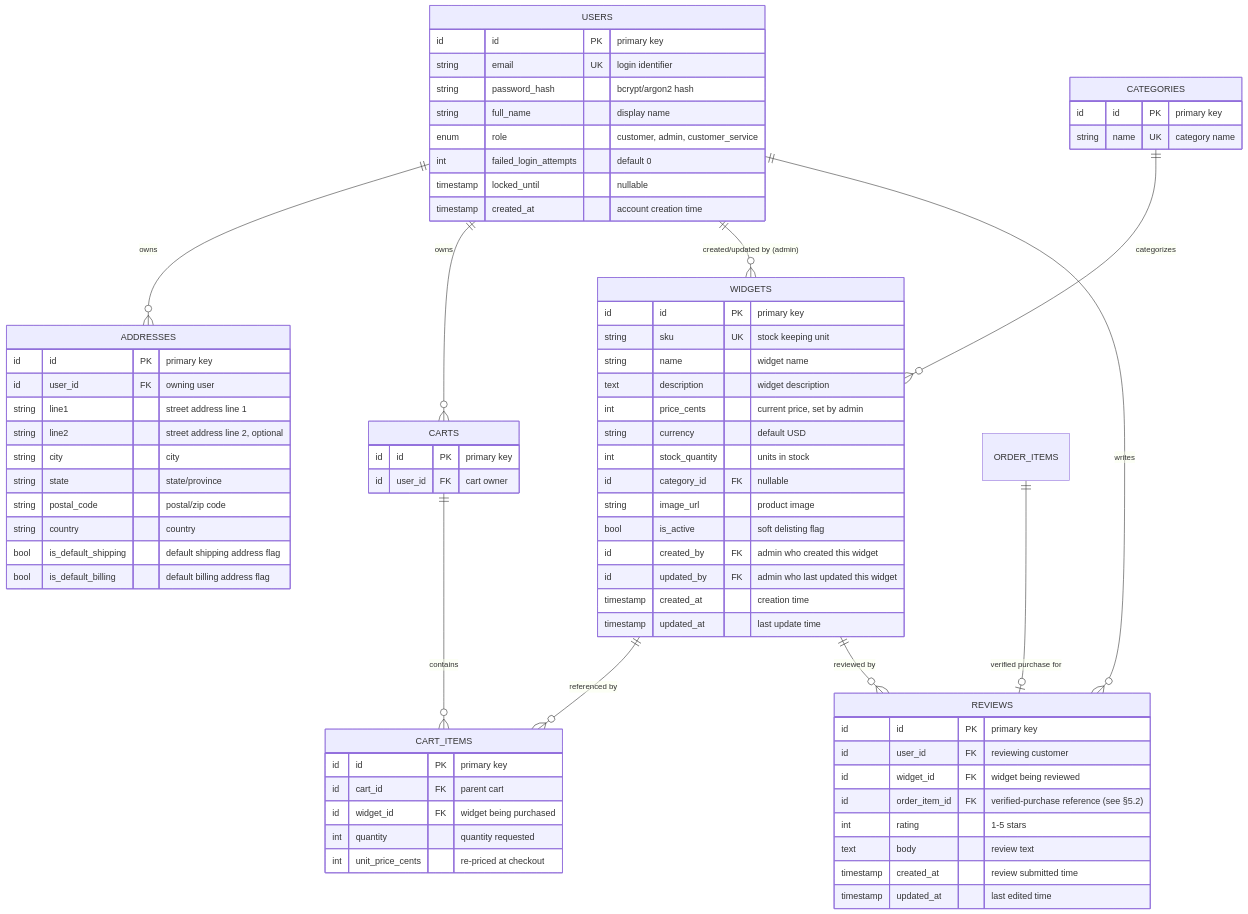
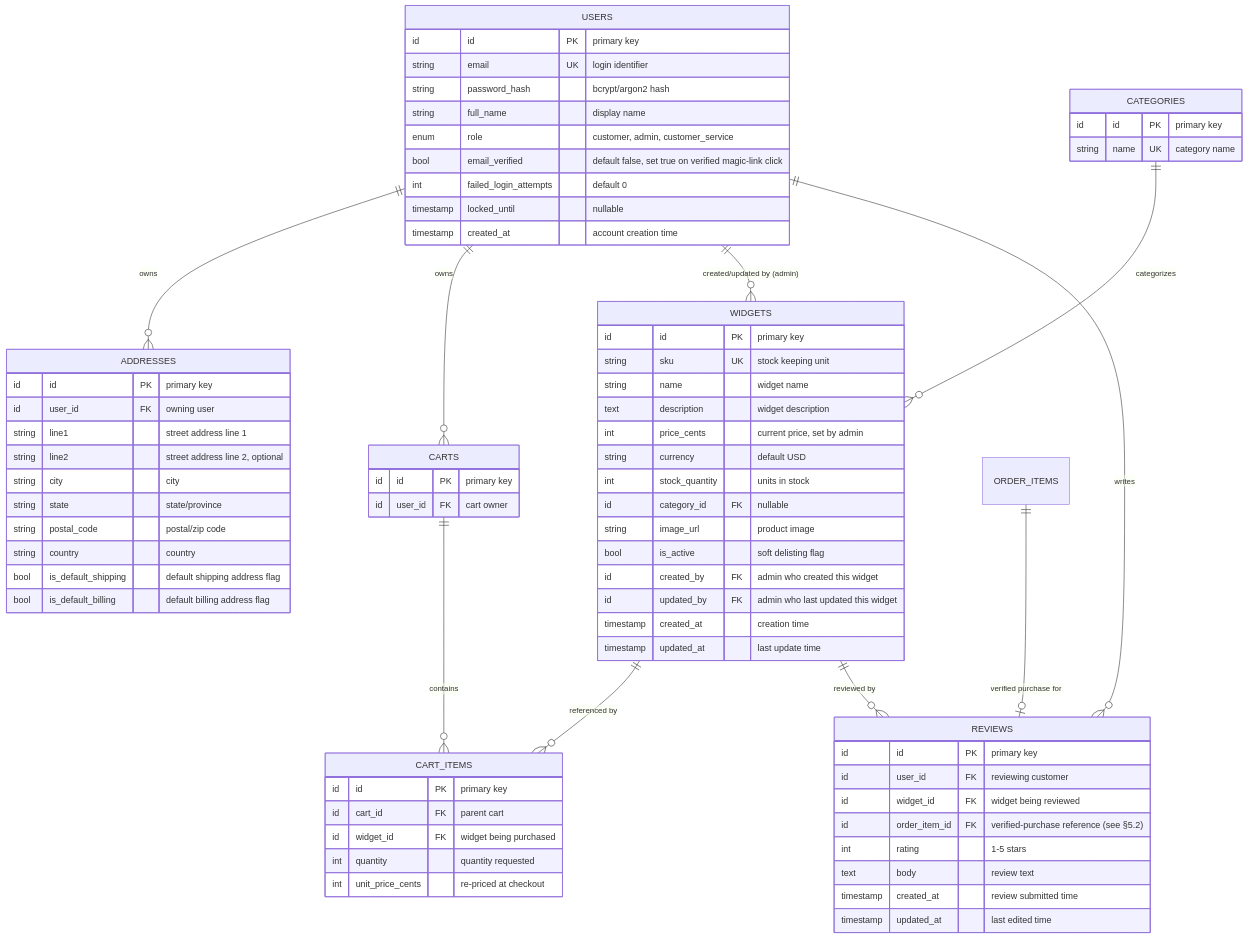
One commit to ahmedpi/Remediation-Engineer-Sample-Application changed the second of 16 diagrams in DESIGN.md. Above: the diagram before and after it, drawn with Mermaid. The commit also changed other lines of this file and 2 other files, not shown here.

Commit message:
add email verification to design.md

```diff
--- a/DESIGN.md
+++ b/DESIGN.md
@@ -167,6 +178,7 @@
         string password_hash "bcrypt/argon2 hash"
         string full_name "display name"
         enum role "customer, admin, customer_service"
+        bool email_verified "default false, set true on verified magic-link click"
         int failed_login_attempts "default 0"
         timestamp locked_until "nullable"
         timestamp created_at "account creation time"
```
